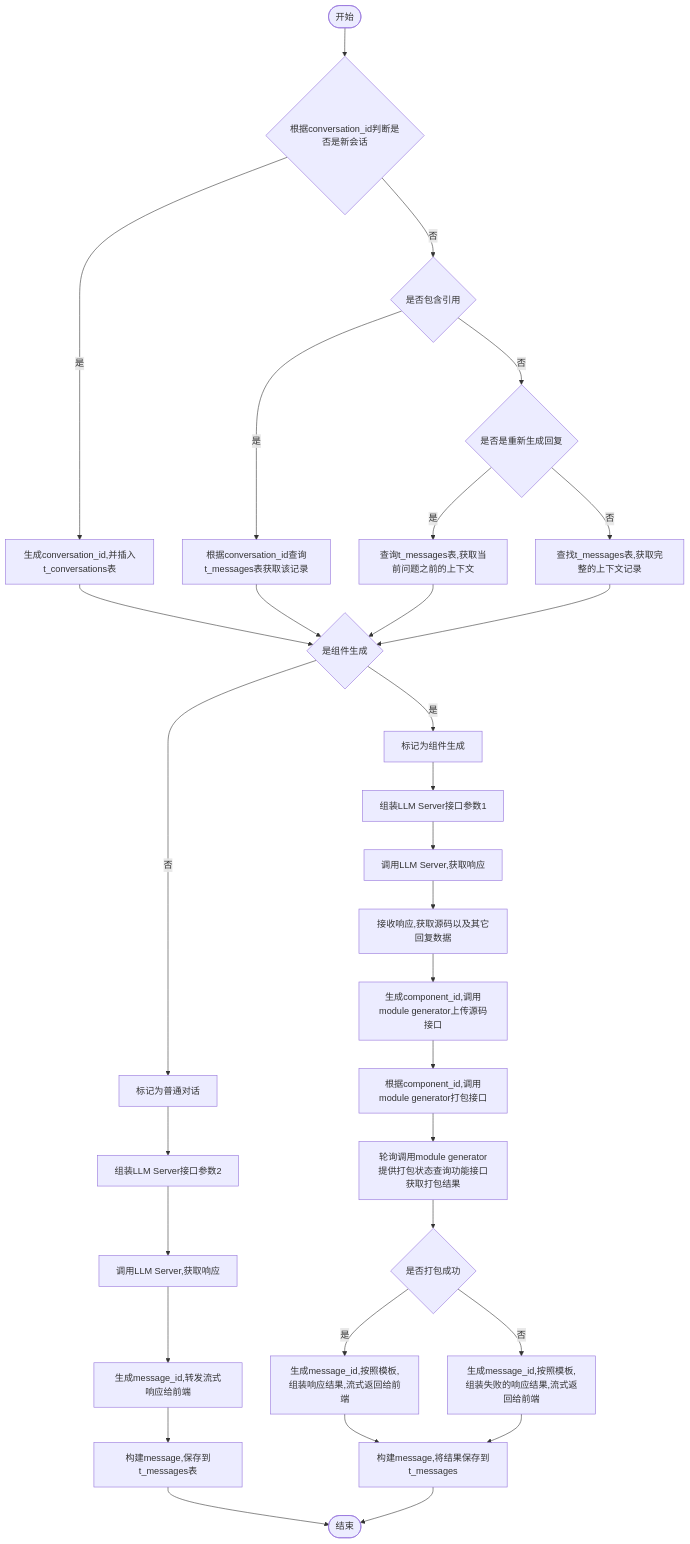
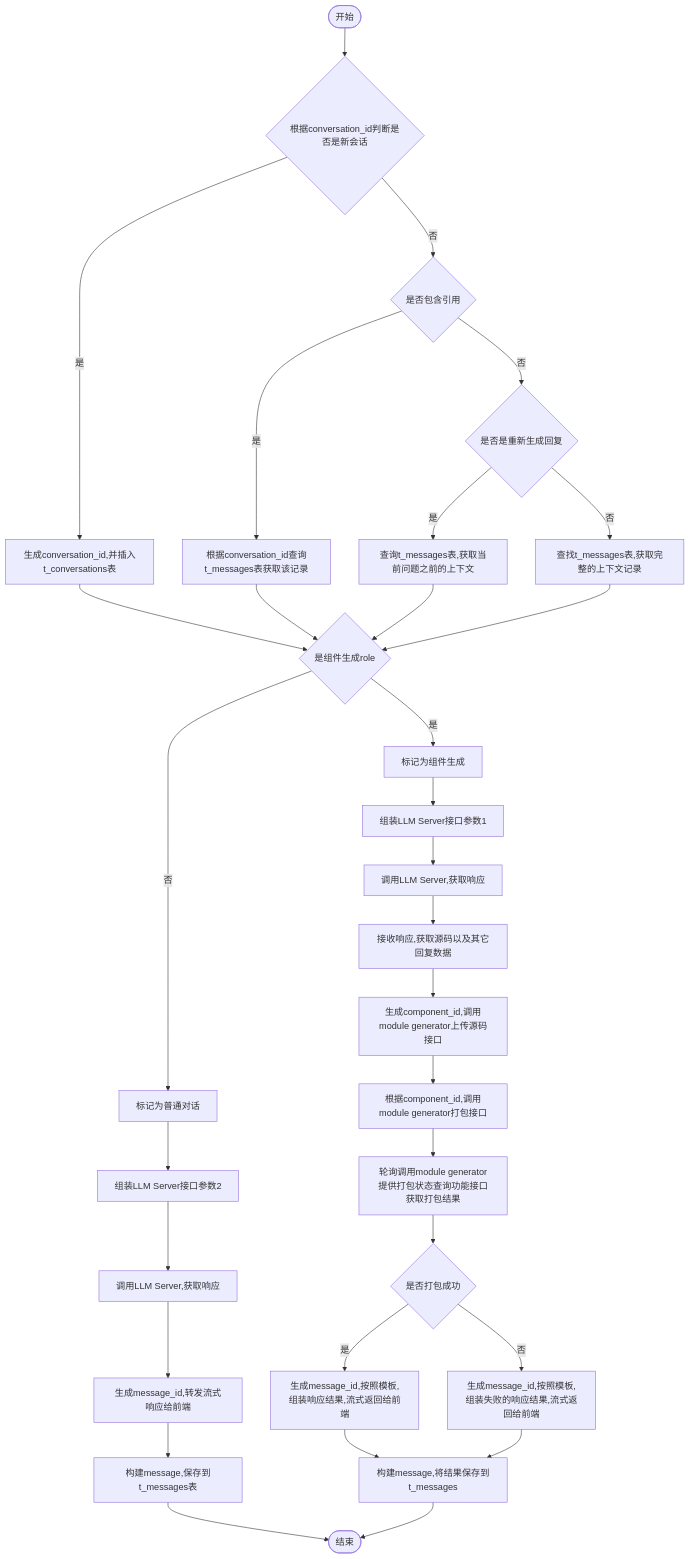
Before and after one commit to yingjianzh/iodraw-files: the diagram in all/v0.1.0会话.md, drawn with Mermaid.

Commit message:
2024-10-12 17:16:46 update

````diff
--- a/all/v0.1.0会话.md
+++ b/all/v0.1.0会话.md
@@ -1,34 +1,34 @@
 ```mermaid
 flowchart TD
     A([开始]) --> B{根据conversation_id判断是否是新会话}
     B -- 是 --> C[生成conversation_id,并插入t_conversations表]
     B -- 否 --> D{是否包含引用}
     D -- 是 --> E[根据conversation_id查询t_messages表获取该记录]
     D -- 否 --> F{是否是重新生成回复}
     F -- 是 --> G[查询t_messages表,获取当前问题之前的上下文]
     F -- 否 --> H[查找t_messages表,获取完整的上下文记录]
      
-    C & E & G & H --> I{是组件生成}
+    C & E & G & H --> I{是组件生成role}
     I -- 是 --> J[标记为组件生成]
     I -- 否 --> K[标记为普通对话]
 
     J --> L[组装LLM Server接口参数1]    
     K --> M[组装LLM Server接口参数2]    
     M --> N[调用LLM Server,获取响应]    
     N --> O[生成message_id,转发流式响应给前端]
     O --> P[构建message,保存到t_messages表]
     P --> R([结束])
 
 
     L --> S[调用LLM Server,获取响应]
     S --> T[接收响应,获取源码以及其它回复数据]
     T --> U[生成component_id,调用module generator上传源码接口]
     U --> V[根据component_id,调用module generator打包接口]
     V --> W[轮询调用module generator提供打包状态查询功能接口获取打包结果]
     W --> X{是否打包成功}
     X -- 是 --> Y[生成message_id,按照模板,组装响应结果,流式返回给前端]
     X -- 否 --> Z[生成message_id,按照模板,组装失败的响应结果,流式返回给前端]
 
     Y & Z --> Result[构建message,将结果保存到t_messages]
     Result --> R
 ```
````
